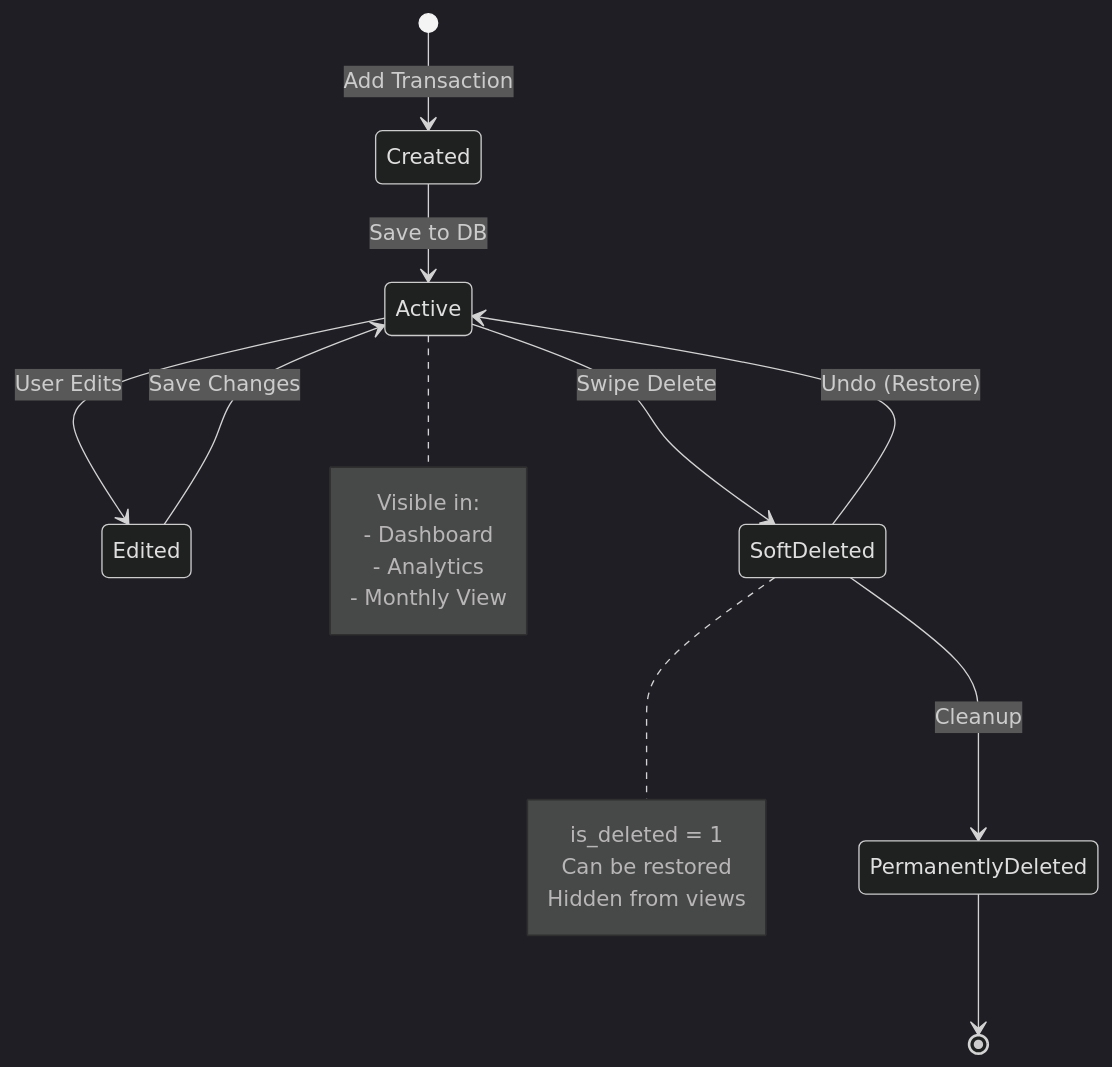
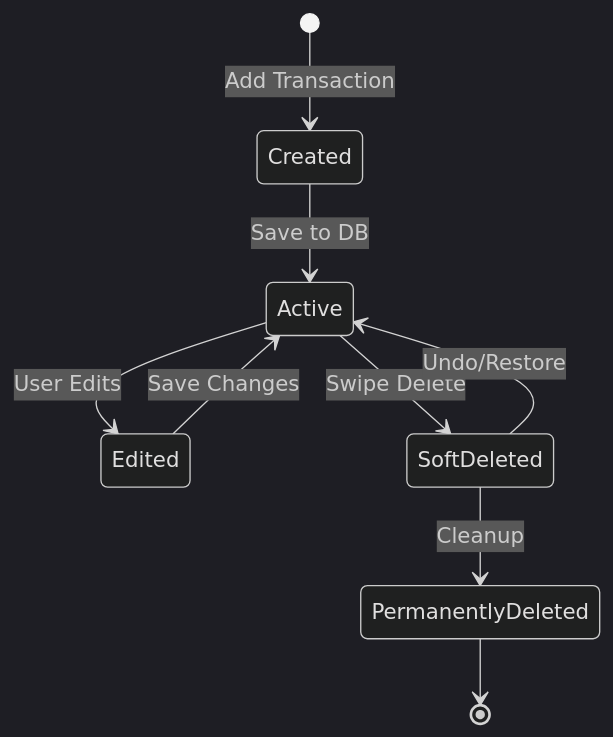
One commit to VishnuKant0925/Expanse_Tracker changed the third of 5 diagrams in README.md. Above: the diagram before and after it, drawn with Mermaid (dark theme). The commit also changed other lines of this file, not shown here.

````diff
--- a/README.md
+++ b/README.md
@@ -184,24 +184,11 @@
 ```mermaid
 stateDiagram-v2
     [*] --> Created: Add Transaction
     Created --> Active: Save to DB
     Active --> Edited: User Edits
     Edited --> Active: Save Changes
     Active --> SoftDeleted: Swipe Delete
-    SoftDeleted --> Active: Undo (Restore)
+    SoftDeleted --> Active: Undo/Restore
     SoftDeleted --> PermanentlyDeleted: Cleanup
     PermanentlyDeleted --> [*]
-
-    note right of Active
-        Visible in:
-        - Dashboard
-        - Analytics
-        - Monthly View
-    end note
-
-    note right of SoftDeleted
-        is_deleted = 1
-        Can be restored
-        Hidden from views
-    end note
 ```
````
